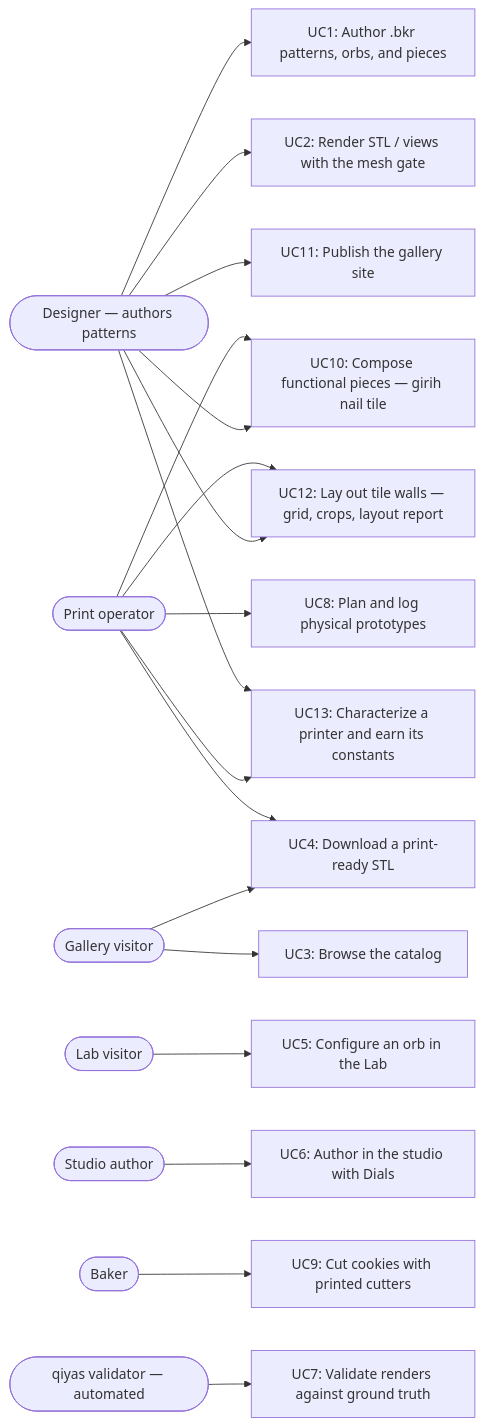
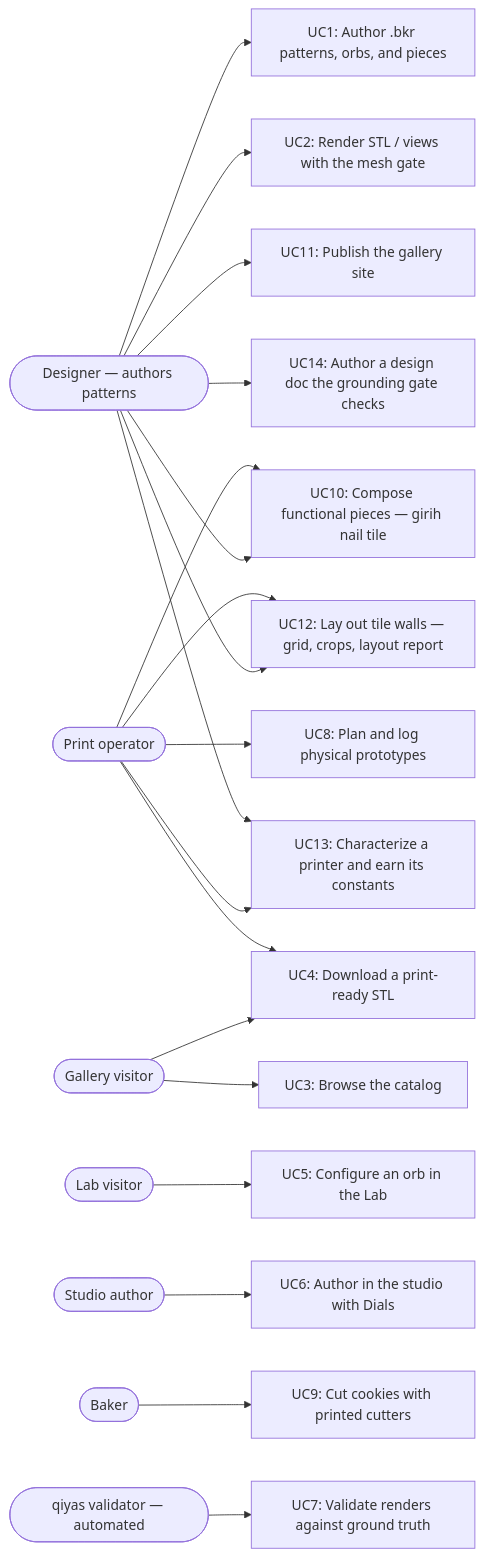
One commit to omars-lab/3d-models changed the diagram in .claude/skills/maintain-use-cases/use-cases.md. Above: the diagram before and after it, drawn with Mermaid. The commit also changed other lines of this file, not shown here.

First line of the commit message:
Add UC14 (grounded design docs) to the use-case map

````diff
--- a/.claude/skills/maintain-use-cases/use-cases.md
+++ b/.claude/skills/maintain-use-cases/use-cases.md
@@ -22,28 +22,29 @@
 ```mermaid
 flowchart LR
   designer([Designer — authors patterns])
   visitor([Gallery visitor])
   labuser([Lab visitor])
   studiouser([Studio author])
   printop([Print operator])
   baker([Baker])
   validator([qiyas validator — automated])
 
   designer --> UC1[UC1: Author .bkr patterns, orbs, and pieces]
   designer --> UC2[UC2: Render STL / views with the mesh gate]
   designer --> UC10[UC10: Compose functional pieces — girih nail tile]
   designer --> UC11[UC11: Publish the gallery site]
   designer --> UC12[UC12: Lay out tile walls — grid, crops, layout report]
+  designer --> UC14[UC14: Author a design doc the grounding gate checks]
   visitor --> UC3[UC3: Browse the catalog]
   visitor --> UC4[UC4: Download a print-ready STL]
   labuser --> UC5[UC5: Configure an orb in the Lab]
   studiouser --> UC6[UC6: Author in the studio with Dials]
   printop --> UC4
   printop --> UC8[UC8: Plan and log physical prototypes]
   printop --> UC10
   printop --> UC12
   printop --> UC13[UC13: Characterize a printer and earn its constants]
   designer --> UC13
   baker --> UC9[UC9: Cut cookies with printed cutters]
   validator --> UC7[UC7: Validate renders against ground truth]
 ```
````
